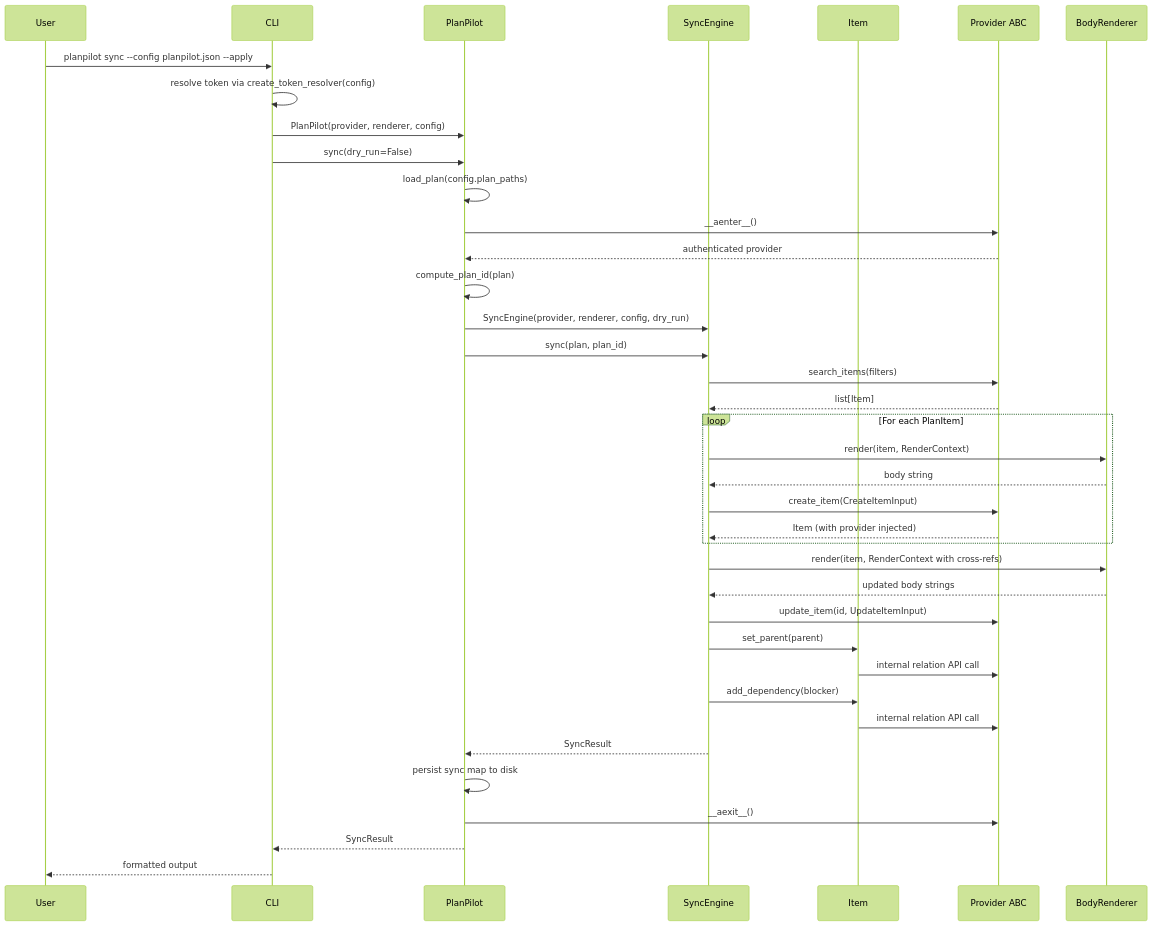
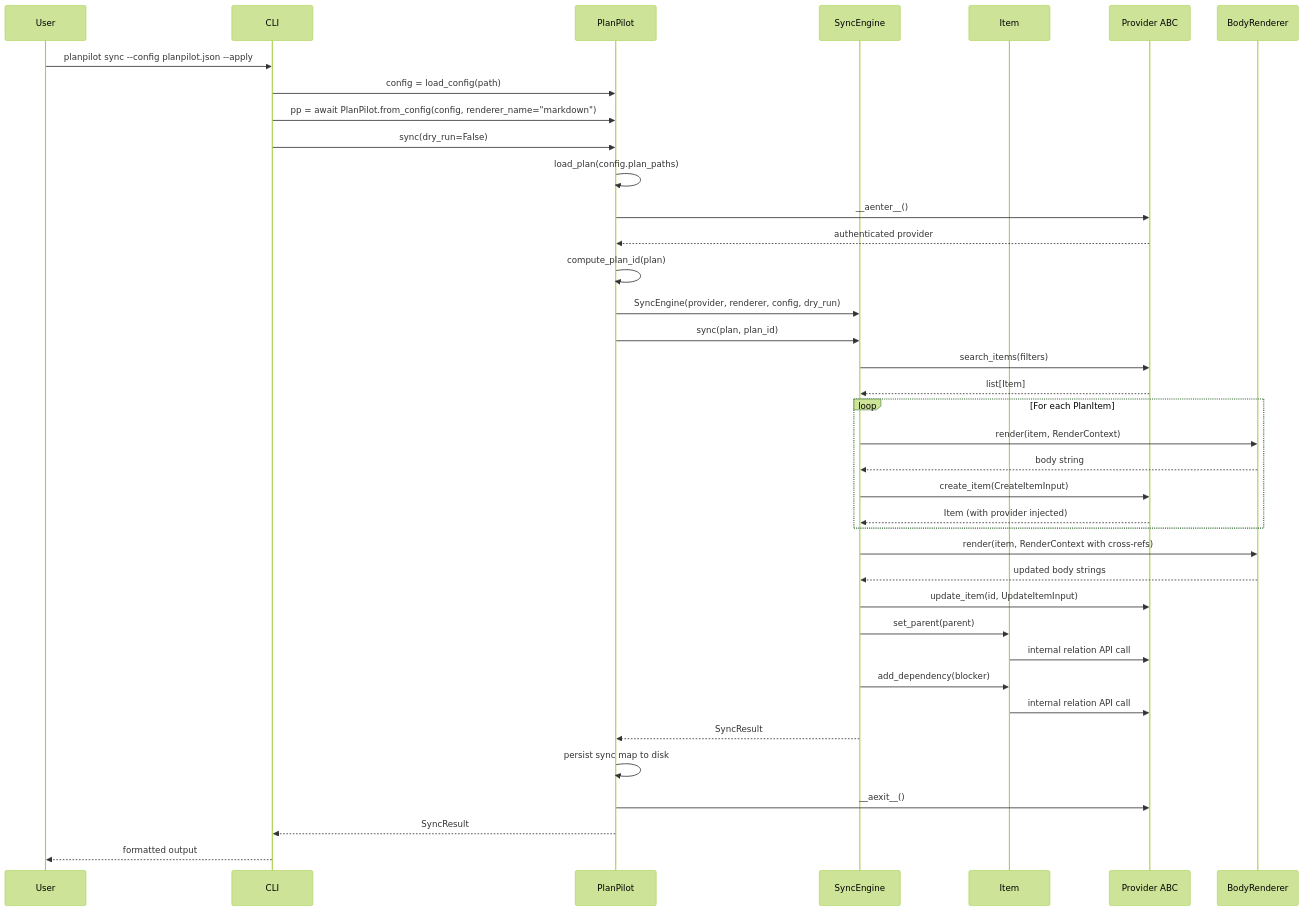
One commit to aryeko/planpilot changed the third of 3 diagrams in docs/v2/architecture.md. Above: the diagram before and after it, drawn with Mermaid (forest theme). The commit also changed other lines of this file and 9 other files, not shown here.

````diff
--- a/docs/v2/architecture.md
+++ b/docs/v2/architecture.md
@@ -439,47 +439,47 @@
 ```mermaid
 sequenceDiagram
     participant User
     participant CLI
     participant SDK as PlanPilot
     participant Engine as SyncEngine
     participant Item as Item
     participant Provider as Provider ABC
     participant Renderer as BodyRenderer
 
     User->>CLI: planpilot sync --config planpilot.json --apply
-    CLI->>CLI: resolve token via create_token_resolver(config)
-    CLI->>SDK: PlanPilot(provider, renderer, config)
+    CLI->>SDK: config = load_config(path)
+    CLI->>SDK: pp = await PlanPilot.from_config(config, renderer_name="markdown")
     CLI->>SDK: sync(dry_run=False)
     SDK->>SDK: load_plan(config.plan_paths)
     SDK->>Provider: __aenter__()
     Provider-->>SDK: authenticated provider
 
     SDK->>SDK: compute_plan_id(plan)
     SDK->>Engine: SyncEngine(provider, renderer, config, dry_run)
     SDK->>Engine: sync(plan, plan_id)
 
     Engine->>Provider: search_items(filters)
     Provider-->>Engine: list[Item]
 
     loop For each PlanItem
         Engine->>Renderer: render(item, RenderContext)
         Renderer-->>Engine: body string
         Engine->>Provider: create_item(CreateItemInput)
         Provider-->>Engine: Item (with provider injected)
     end
 
     Engine->>Renderer: render(item, RenderContext with cross-refs)
     Renderer-->>Engine: updated body strings
     Engine->>Provider: update_item(id, UpdateItemInput)
 
     Engine->>Item: set_parent(parent)
     Item->>Provider: internal relation API call
     Engine->>Item: add_dependency(blocker)
     Item->>Provider: internal relation API call
 
     Engine-->>SDK: SyncResult
     SDK->>SDK: persist sync map to disk
     SDK->>Provider: __aexit__()
     SDK-->>CLI: SyncResult
     CLI-->>User: formatted output
 ```
````
